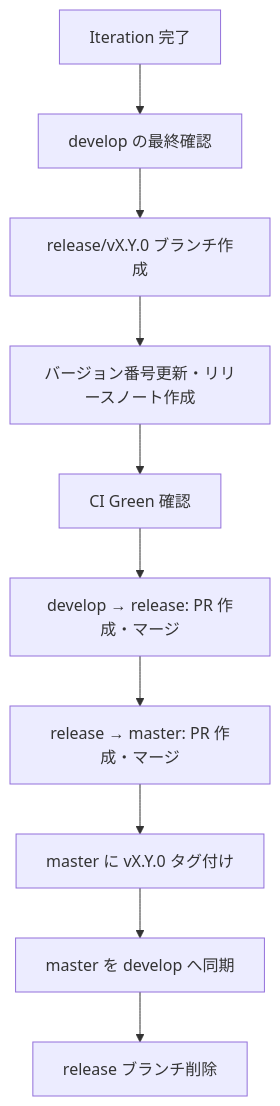
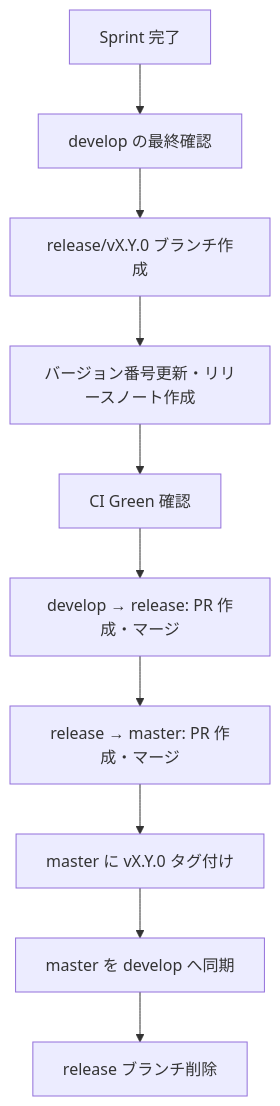
The second of 2 diagrams in _document/002.要件定義フェーズ/005.各種規約/005-03.Git運用規約.md (BossApe/lo-vibe), drawn with Mermaid before and after one commit. The commit also changed other lines of this file and 43 other files, not shown here.

First line of the commit message:
refactor: Iteration → Sprint / IT → SP / イテレーション → スプリント 全体リネーム

````diff
--- a/_document/002.要件定義フェーズ/005.各種規約/005-03.Git運用規約.md
+++ b/_document/002.要件定義フェーズ/005.各種規約/005-03.Git運用規約.md
@@ -210,12 +210,12 @@
 ```mermaid
 flowchart TD
-    A[Iteration 完了] --> B[develop の最終確認]
+    A[Sprint 完了] --> B[develop の最終確認]
     B --> C[release/vX.Y.0 ブランチ作成]
     C --> D[バージョン番号更新・リリースノート作成]
     D --> E[CI Green 確認]
     E --> F[develop → release: PR 作成・マージ]
     F --> G[release → master: PR 作成・マージ]
     G --> H[master に vX.Y.0 タグ付け]
     H --> I[master を develop へ同期]
     I --> J[release ブランチ削除]
 ```
````
